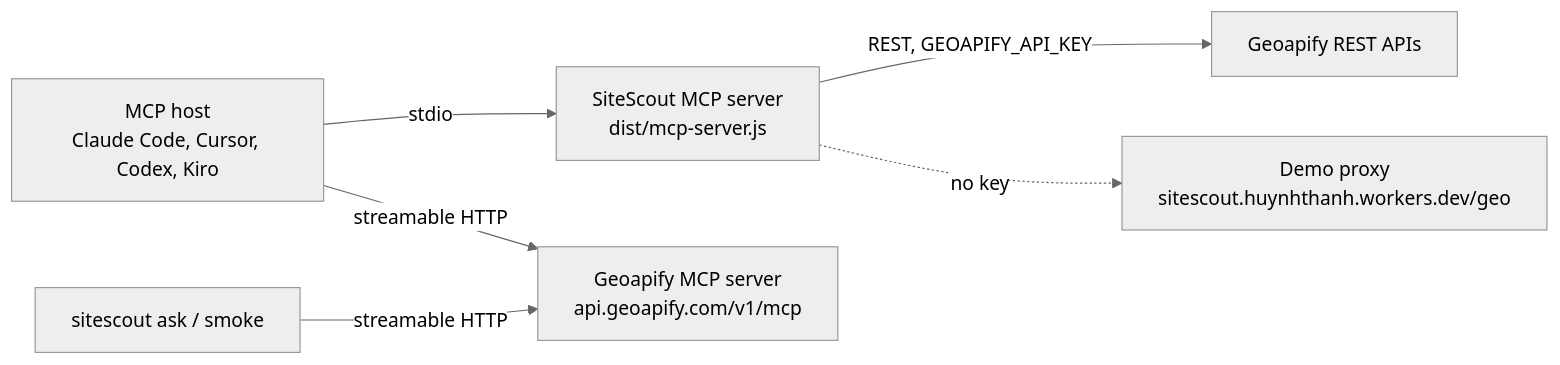
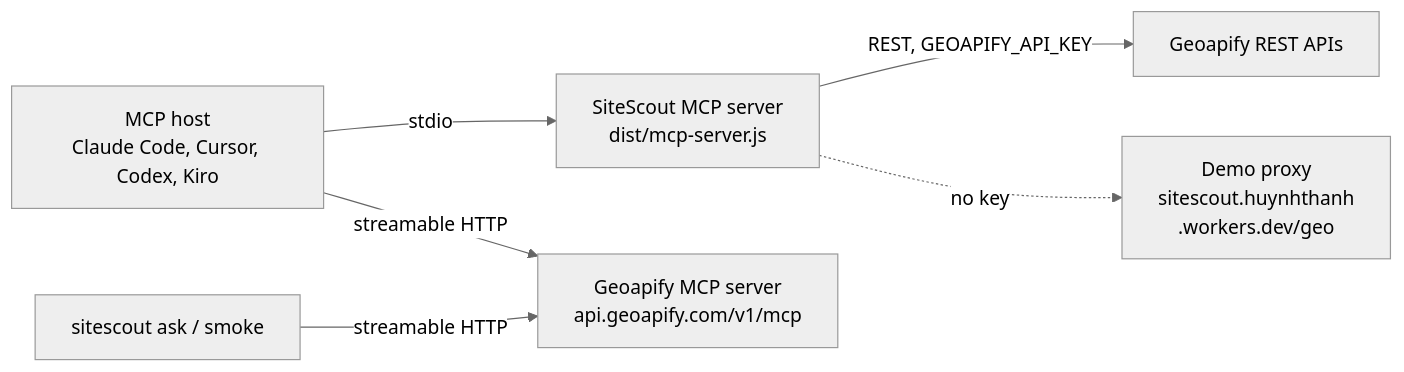
The diagram in docs/mcp.md (ducvuathuduc/sitescout-agent), drawn with Mermaid (neutral theme) before and after one commit. The commit also changed 3 other files, not shown here.

First line of the commit message:
docs site: render Mermaid diagrams at natural size

````diff
--- a/docs/mcp.md
+++ b/docs/mcp.md
@@ -175,8 +175,8 @@
 ```mermaid
 flowchart LR
   Host["MCP host<br/>Claude Code, Cursor, Codex, Kiro"] -->|stdio| SS["SiteScout MCP server<br/>dist/mcp-server.js"]
   Host -->|streamable HTTP| GM["Geoapify MCP server<br/>api.geoapify.com/v1/mcp"]
   SS -->|REST, GEOAPIFY_API_KEY| REST["Geoapify REST APIs"]
-  SS -.->|no key| Demo["Demo proxy<br/>sitescout.huynhthanh.workers.dev/geo"]
+  SS -.->|no key| Demo["Demo proxy<br/>sitescout.huynhthanh<br/>.workers.dev/geo"]
   CLI["sitescout ask / smoke"] -->|streamable HTTP| GM
 ```
````
